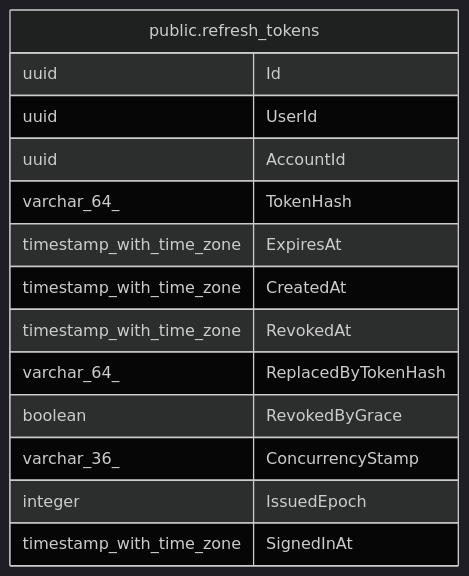
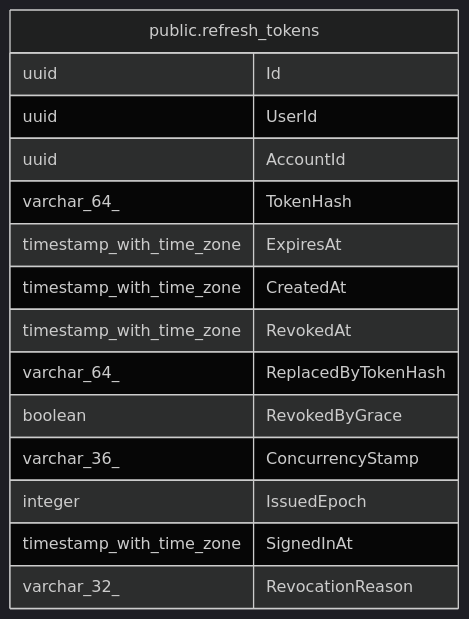
The diagram in docs/schema/public.refresh_tokens.md (mforce/cluckwork), drawn with Mermaid (dark theme) before and after one commit. The commit also changed other lines of this file and 15 other files, not shown here.

````diff
--- a/docs/schema/public.refresh_tokens.md
+++ b/docs/schema/public.refresh_tokens.md
@@ -52,19 +53,20 @@
 ```mermaid
 erDiagram
 
 
 "public.refresh_tokens" {
   uuid Id
   uuid UserId
   uuid AccountId
   varchar_64_ TokenHash
   timestamp_with_time_zone ExpiresAt
   timestamp_with_time_zone CreatedAt
   timestamp_with_time_zone RevokedAt
   varchar_64_ ReplacedByTokenHash
   boolean RevokedByGrace
   varchar_36_ ConcurrencyStamp
   integer IssuedEpoch
   timestamp_with_time_zone SignedInAt
+  varchar_32_ RevocationReason
 }
 ```
````
